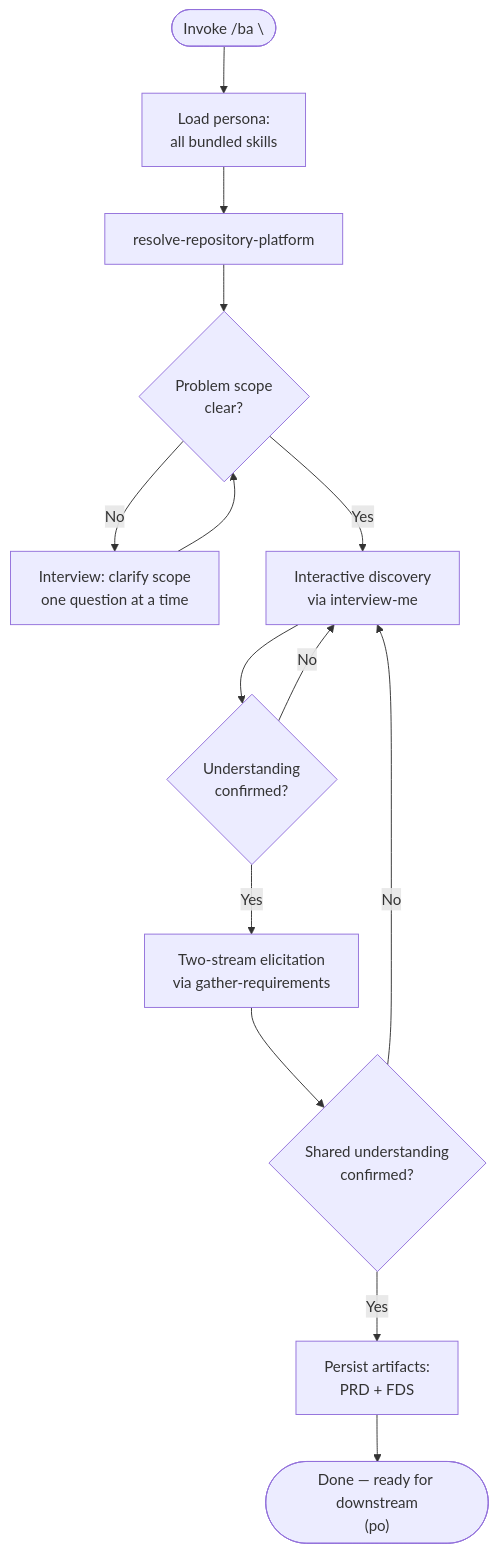
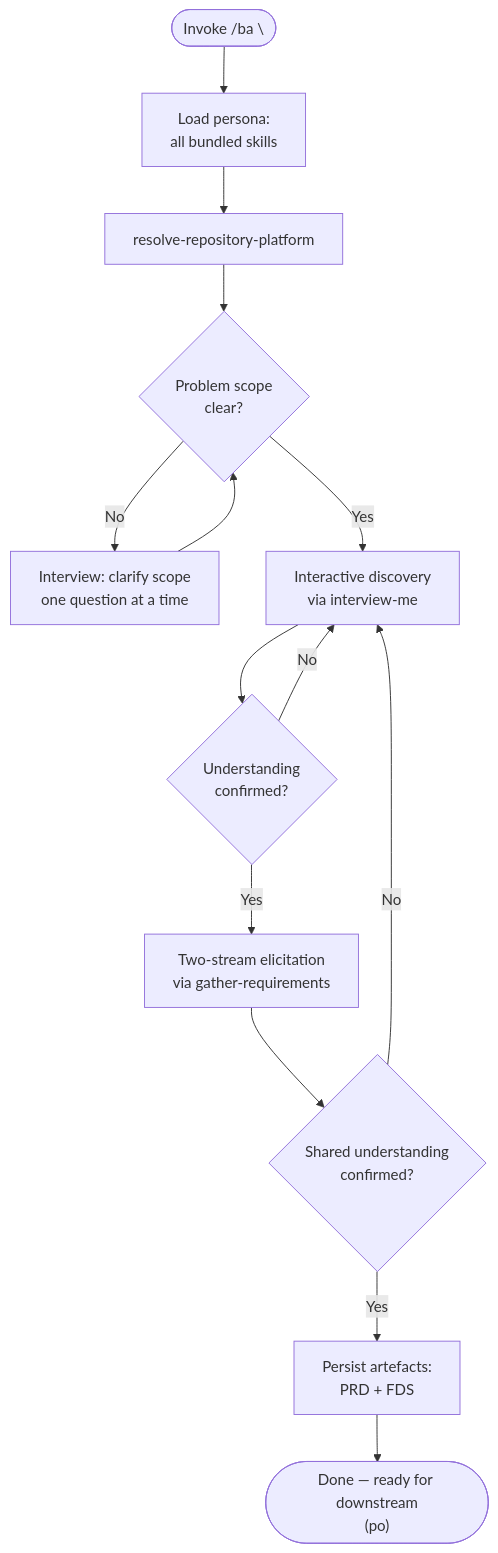
One commit to MegaByteMark/skills-to-pay-the-ai-bills changed the diagram in skills/ba/SKILL.md. Above: the diagram before and after it, drawn with Mermaid. The commit also changed other lines of this file and 11 other files, not shown here.

````diff
--- a/skills/ba/SKILL.md
+++ b/skills/ba/SKILL.md
@@ -20,16 +20,16 @@
 ```mermaid
 flowchart TD
     START(["Invoke /ba \<context\>"]) --> LOAD["Load persona:<br>all bundled skills"]
     LOAD --> PLATFORM["resolve-repository-platform"]
     PLATFORM --> PROBLEM{Problem scope<br>clear?}
     PROBLEM -->|No| CLARIFY["Interview: clarify scope<br>one question at a time"]
     CLARIFY --> PROBLEM
     PROBLEM -->|Yes| DISCOVER["Interactive discovery<br>via interview-me"]
     DISCOVER --> ALIGN{Understanding<br>confirmed?}
     ALIGN -->|No| DISCOVER
     ALIGN -->|Yes| GATHER["Two-stream elicitation<br>via gather-requirements"]
     GATHER --> CHECK{Shared understanding<br>confirmed?}
     CHECK -->|No| DISCOVER
-    CHECK -->|Yes| PERSIST["Persist artifacts:<br>PRD + FDS"]
+    CHECK -->|Yes| PERSIST["Persist artefacts:<br>PRD + FDS"]
     PERSIST --> DONE(["Done — ready for downstream<br>(po)"])
 ```
````
